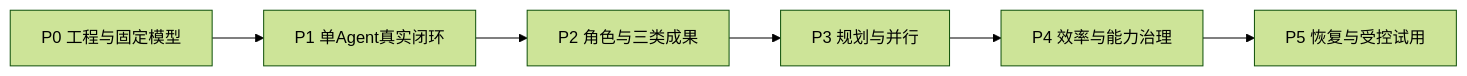
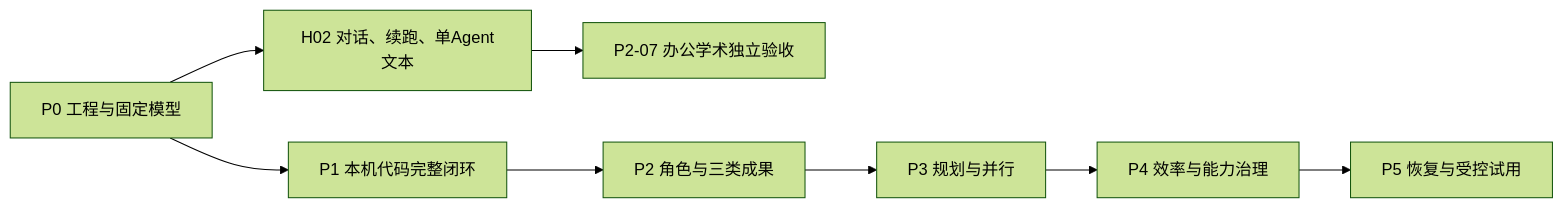
Before and after one commit to Guozai3633/UAW: the diagram in docs/plan/STAGES.md, drawn with Mermaid (forest theme). The commit also changed other lines of this file and 240 other files, not shown here.

````diff
--- a/docs/plan/STAGES.md
+++ b/docs/plan/STAGES.md
@@ -7,8 +7,10 @@
 ```mermaid
 flowchart LR
-  P0["P0 工程与固定模型"] --> P1["P1 单Agent真实闭环"]
+  P0["P0 工程与固定模型"] --> H02["H02 对话、续跑、单Agent文本"]
+  P0 --> P1["P1 本机代码完整闭环"]
+  H02 --> Text["P2-07 办公学术独立验收"]
   P1 --> P2["P2 角色与三类成果"]
   P2 --> P3["P3 规划与并行"]
   P3 --> P4["P4 效率与能力治理"]
   P4 --> P5["P5 恢复与受控试用"]
 ```
````
